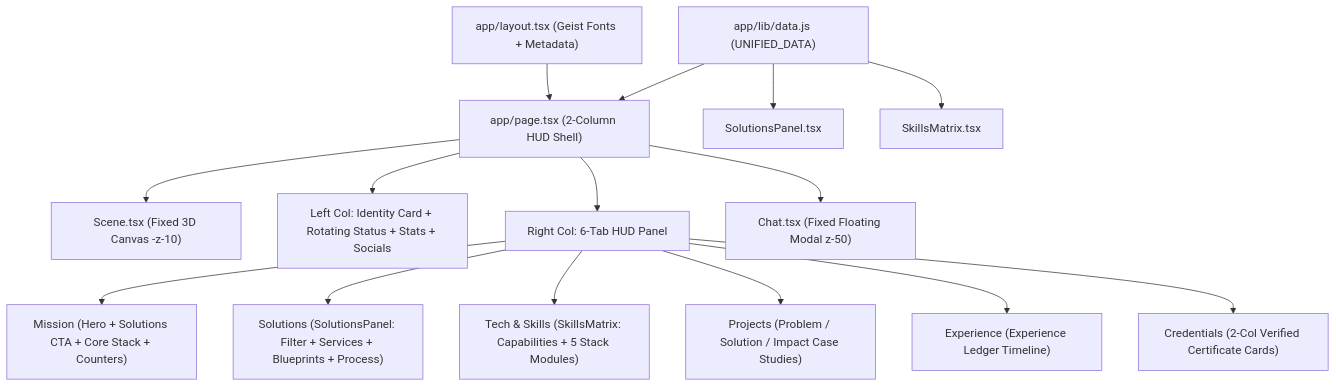
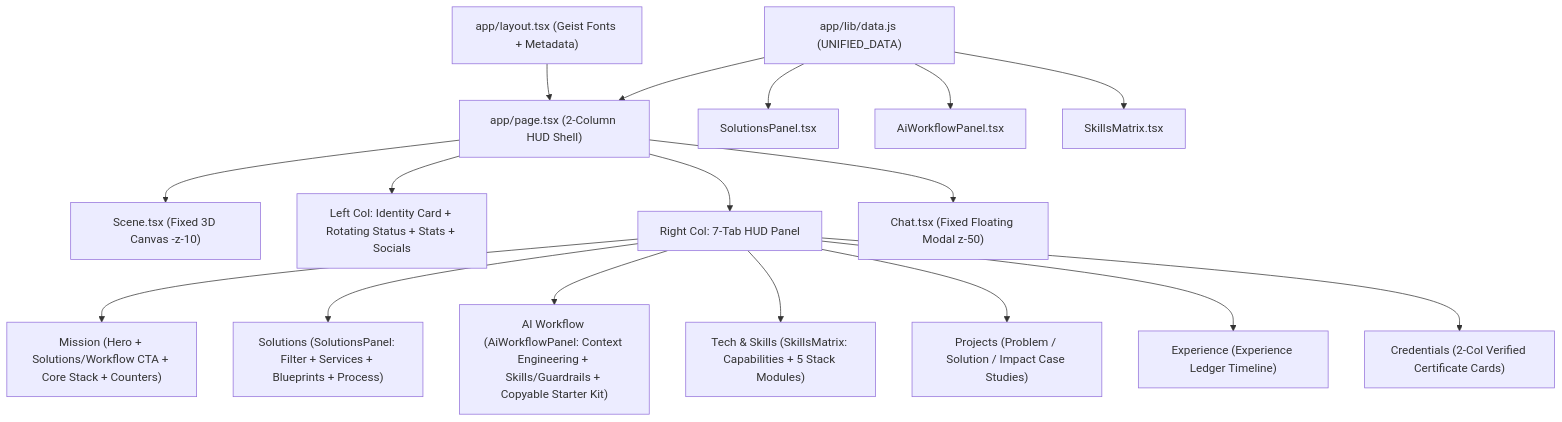
Before and after one commit to Noah202226/noaligpitan-26: the first of 4 diagrams in context/FLOWS.md, drawn with Mermaid. The commit also changed 21 other files, not shown here.

````diff
--- a/context/FLOWS.md
+++ b/context/FLOWS.md
@@ -9,19 +9,21 @@
 ```mermaid
 flowchart TD
     Layout["app/layout.tsx (Geist Fonts + Metadata)"] --> Page["app/page.tsx (2-Column HUD Shell)"]
     Data["app/lib/data.js (UNIFIED_DATA)"] --> Page
     Data --> Solutions["SolutionsPanel.tsx"]
+    Data --> Workflow["AiWorkflowPanel.tsx"]
     Data --> Skills["SkillsMatrix.tsx"]
 
     Page --> Scene["Scene.tsx (Fixed 3D Canvas -z-10)"]
     Page --> Left["Left Col: Identity Card + Rotating Status + Stats + Socials"]
-    Page --> Right["Right Col: 6-Tab HUD Panel"]
+    Page --> Right["Right Col: 7-Tab HUD Panel"]
     Page --> Chat["Chat.tsx (Fixed Floating Modal z-50)"]
 
-    Right --> T1["Mission (Hero + Solutions CTA + Core Stack + Counters)"]
+    Right --> T1["Mission (Hero + Solutions/Workflow CTA + Core Stack + Counters)"]
     Right --> T2["Solutions (SolutionsPanel: Filter + Services + Blueprints + Process)"]
-    Right --> T3["Tech & Skills (SkillsMatrix: Capabilities + 5 Stack Modules)"]
-    Right --> T4["Projects (Problem / Solution / Impact Case Studies)"]
-    Right --> T5["Experience (Experience Ledger Timeline)"]
-    Right --> T6["Credentials (2-Col Verified Certificate Cards)"]
+    Right --> T3["AI Workflow (AiWorkflowPanel: Context Engineering + Skills/Guardrails + Copyable Starter Kit)"]
+    Right --> T4["Tech & Skills (SkillsMatrix: Capabilities + 5 Stack Modules)"]
+    Right --> T5["Projects (Problem / Solution / Impact Case Studies)"]
+    Right --> T6["Experience (Experience Ledger Timeline)"]
+    Right --> T7["Credentials (2-Col Verified Certificate Cards)"]
 ```
````
